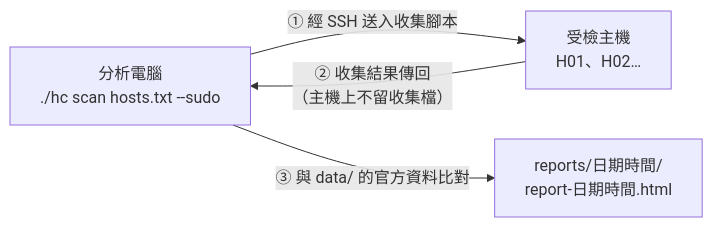
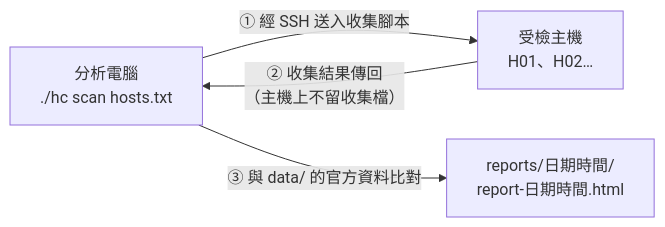
Before and after one commit to ikusupuroaj/Ubuntu-Server-Audit: the first of 2 diagrams in README.md, drawn with Mermaid. The commit also changed other lines of this file and 10 other files, not shown here.

Commit message:
0.7.1：hc scan／hc local 預設用 sudo 收集（加 --no-sudo 可關閉），LXD 快速測試每台只用 sudo 收集一次

````diff
--- a/README.md
+++ b/README.md
@@ -48,6 +48,6 @@
 ```mermaid
 flowchart LR
-  A["分析電腦<br>./hc scan hosts.txt --sudo"] -- "① 經 SSH 送入收集腳本" --> B["受檢主機<br>H01、H02…"]
+  A["分析電腦<br>./hc scan hosts.txt"] -- "① 經 SSH 送入收集腳本" --> B["受檢主機<br>H01、H02…"]
   B -- "② 收集結果傳回<br>（主機上不留收集檔）" --> A
   A -- "③ 與 data/ 的官方資料比對" --> C["reports/日期時間/<br>report-日期時間.html"]
 ```
````
